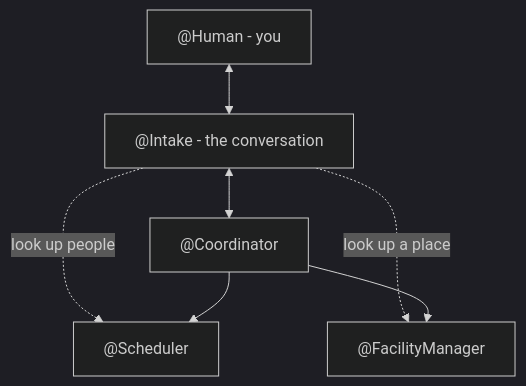
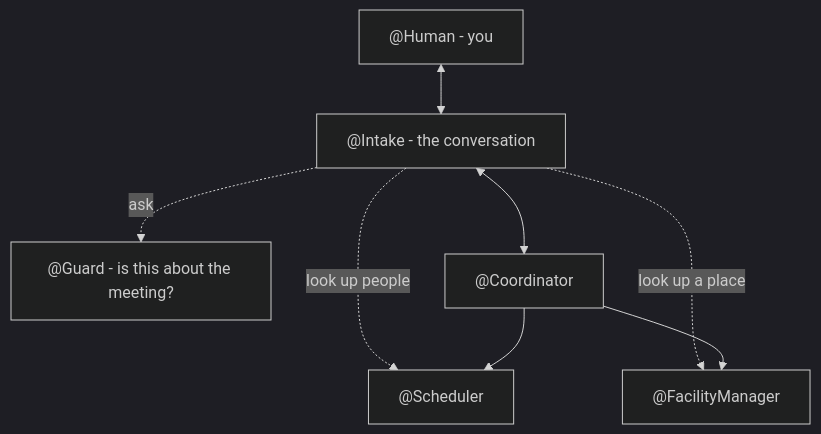
The diagram in docs/conversation.md (jettro/meeting-planner), drawn with Mermaid (dark theme) before and after one commit. The commit also changed other lines of this file and 14 other files, not shown here.

````diff
--- a/docs/conversation.md
+++ b/docs/conversation.md
@@ -20,14 +20,16 @@
 ```mermaid
 flowchart TB
     human["@Human - you"]
     intake["@Intake - the conversation"]
+    guard["@Guard - is this about the meeting?"]
     coordinator["@Coordinator"]
     scheduler["@Scheduler"]
     facility["@FacilityManager"]
     human <--> intake
+    intake -. ask .-> guard
     intake <--> coordinator
     intake -. look up people .-> scheduler
     intake -. look up a place .-> facility
     coordinator --> scheduler
     coordinator --> facility
 ```
````
